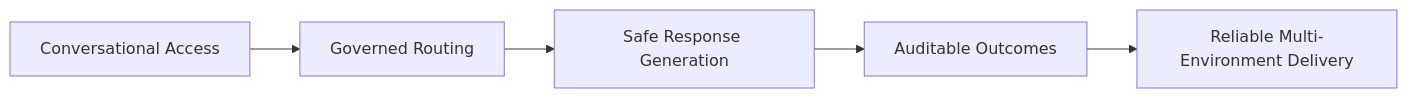
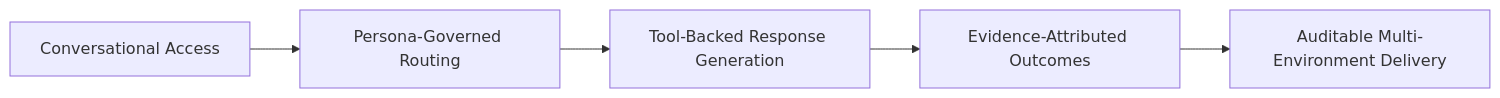
The first of 4 diagrams in docs/architecture/design-artifacts/01-concept-high-level.md (wchen-dea/Governed-Multi-Agent-Intelligence-on-Databricks), drawn with Mermaid before and after one commit. The commit also changed other lines of this file and 51 other files, not shown here.

````diff
--- a/docs/architecture/design-artifacts/01-concept-high-level.md
+++ b/docs/architecture/design-artifacts/01-concept-high-level.md
@@ -7,7 +7,7 @@
 ```mermaid
 flowchart LR
-    A[Conversational Access] --> B[Governed Routing]
-    B --> C[Safe Response Generation]
-    C --> D[Auditable Outcomes]
-    D --> E[Reliable Multi-Environment Delivery]
+    A[Conversational Access] --> B[Persona-Governed Routing]
+    B --> C[Tool-Backed Response Generation]
+    C --> D[Evidence-Attributed Outcomes]
+    D --> E[Auditable Multi-Environment Delivery]
 ```
````
